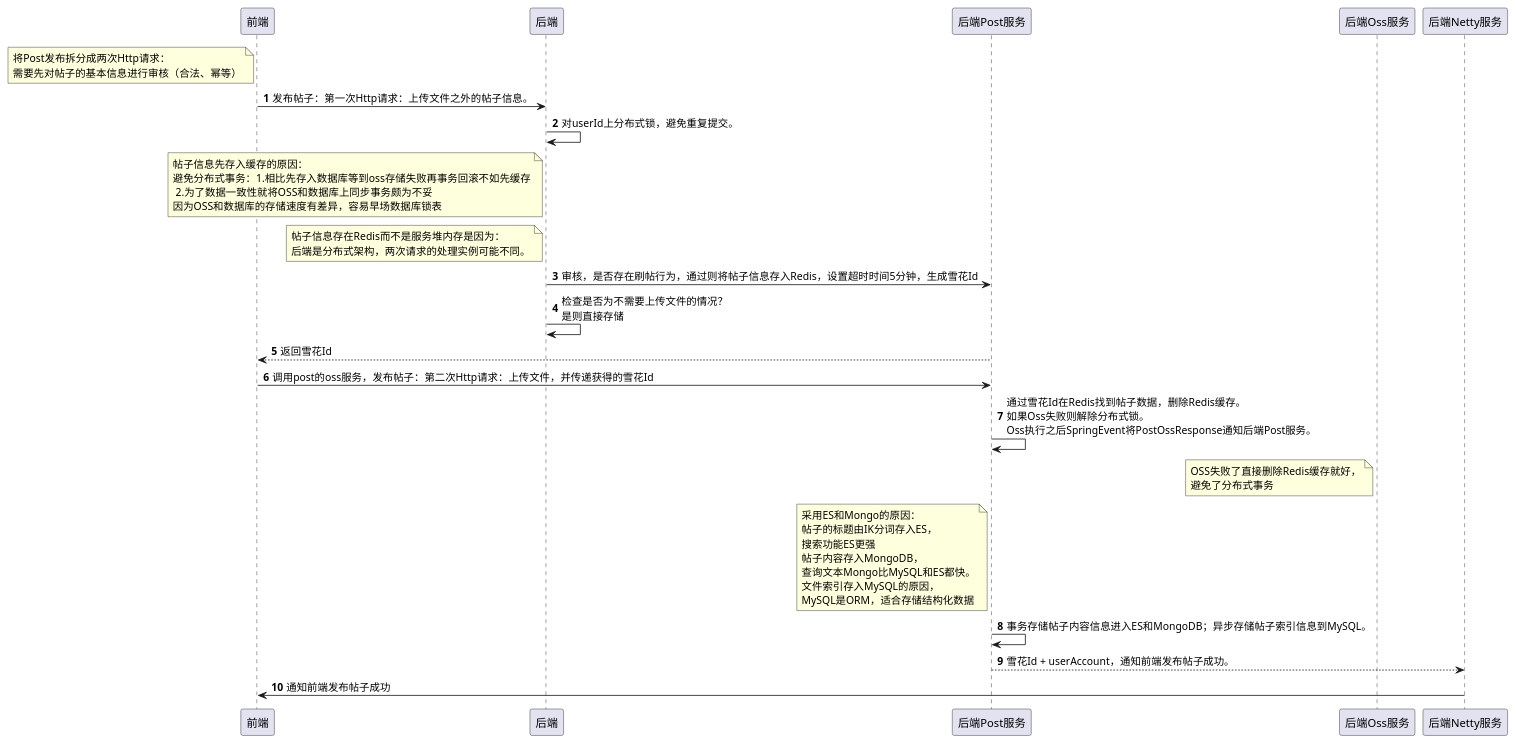
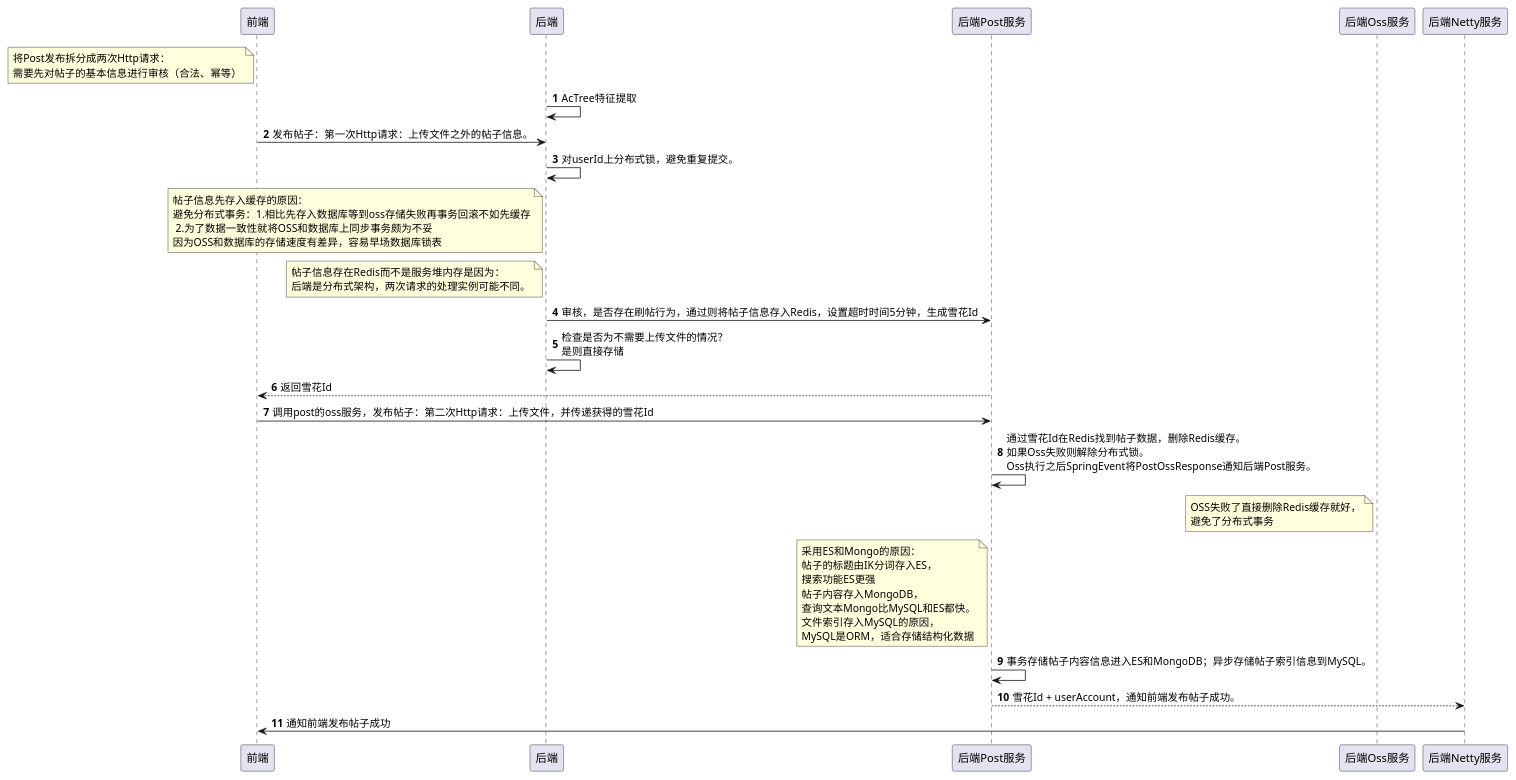
The diagram in spring-server/business/post-service/docs/发布帖子.puml (nangong918/SmartMedicine-App), drawn with PlantUML before and after one commit. The commit also changed 6 other files, not shown here.

```diff
--- a/spring-server/business/post-service/docs/发布帖子.puml
+++ b/spring-server/business/post-service/docs/发布帖子.puml
@@ -1,22 +1,23 @@
 @startuml
 'https://plantuml.com/sequence-diagram
 
 autonumber
 
 note left of 前端: 将Post发布拆分成两次Http请求：\n需要先对帖子的基本信息进行审核（合法、幂等）
+后端 -> 后端: AcTree特征提取
 前端 -> 后端: 发布帖子：第一次Http请求：上传文件之外的帖子信息。
 后端 -> 后端: 对userId上分布式锁，避免重复提交。
 note left of 后端: 帖子信息先存入缓存的原因：\n避免分布式事务：1.相比先存入数据库等到oss存储失败再事务回滚不如先缓存\n 2.为了数据一致性就将OSS和数据库上同步事务颇为不妥\n因为OSS和数据库的存储速度有差异，容易早场数据库锁表
 note left of 后端: 帖子信息存在Redis而不是服务堆内存是因为：\n后端是分布式架构，两次请求的处理实例可能不同。
 后端 -> 后端Post服务: 审核，是否存在刷帖行为，通过则将帖子信息存入Redis，设置超时时间5分钟，生成雪花Id
 后端 -> 后端: 检查是否为不需要上传文件的情况？\n是则直接存储
 后端Post服务 --> 前端: 返回雪花Id
 前端 -> 后端Post服务: 调用post的oss服务，发布帖子：第二次Http请求：上传文件，并传递获得的雪花Id
 后端Post服务 -> 后端Post服务: 通过雪花Id在Redis找到帖子数据，删除Redis缓存。\n如果Oss失败则解除分布式锁。\nOss执行之后SpringEvent将PostOssResponse通知后端Post服务。
 note left of 后端Oss服务: OSS失败了直接删除Redis缓存就好，\n避免了分布式事务
 note left of 后端Post服务: 采用ES和Mongo的原因：\n帖子的标题由IK分词存入ES，\n搜索功能ES更强\n帖子内容存入MongoDB，\n查询文本Mongo比MySQL和ES都快。\n文件索引存入MySQL的原因，\nMySQL是ORM，适合存储结构化数据
 后端Post服务 -> 后端Post服务: 事务存储帖子内容信息进入ES和MongoDB；异步存储帖子索引信息到MySQL。
 后端Post服务 --> 后端Netty服务: 雪花Id + userAccount，通知前端发布帖子成功。
 后端Netty服务 -> 前端: 通知前端发布帖子成功
 
 @enduml
```
